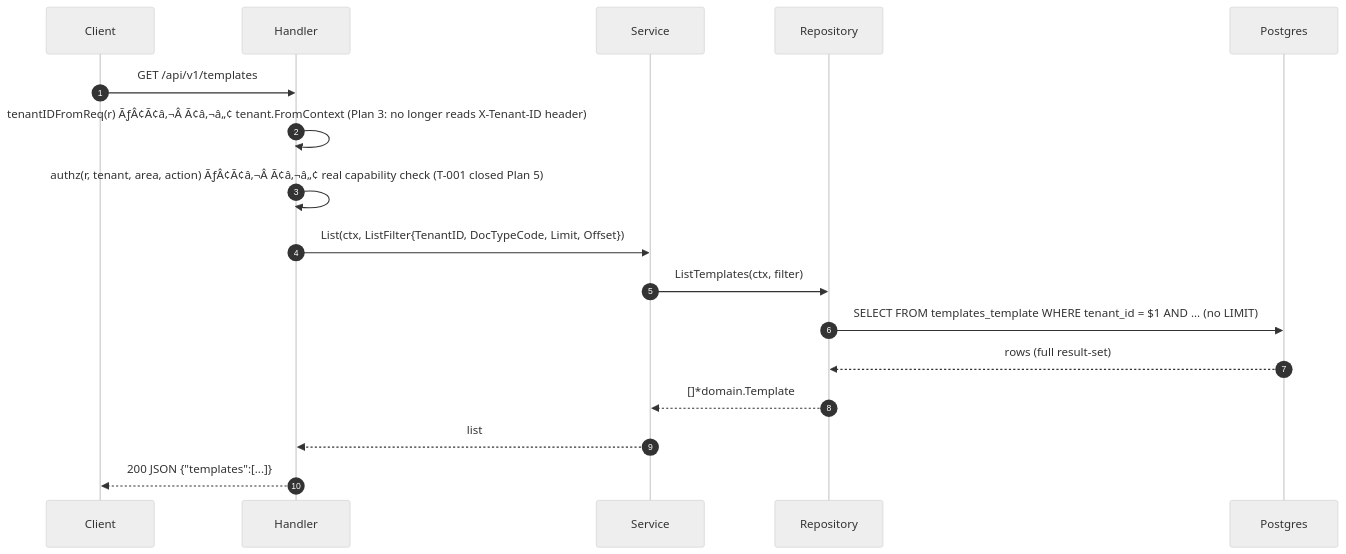
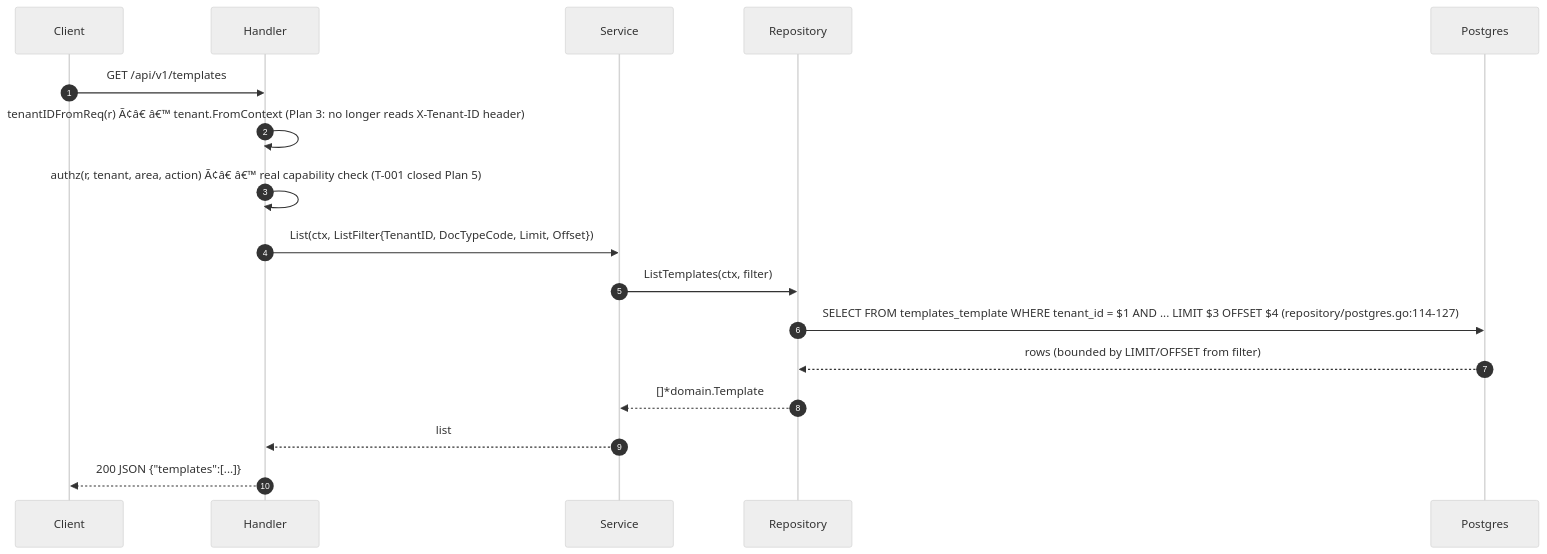
Before and after one commit to developmentconexus-ops/MetalDocs: the third of 5 diagrams in wiki/modules/templates.md, drawn with Mermaid (neutral theme). The commit also changed other lines of this file and 79 other files, not shown here.

````diff
--- a/wiki/modules/templates.md
+++ b/wiki/modules/templates.md
@@ -240,19 +241,19 @@
 ```mermaid
 sequenceDiagram
     autonumber
     participant C as Client
     participant H as Handler
     participant S as Service
     participant R as Repository
     participant DB as Postgres
     C->>H: GET /api/v1/templates
-    H->>H: tenantIDFromReq(r) ÃƒÂ¢Ã¢â‚¬Â Ã¢â‚¬â„¢ tenant.FromContext (Plan 3: no longer reads X-Tenant-ID header)
-    H->>H: authz(r, tenant, area, action) ÃƒÂ¢Ã¢â‚¬Â Ã¢â‚¬â„¢ real capability check (T-001 closed Plan 5)
+    H->>H: tenantIDFromReq(r) Ã¢â€ â€™ tenant.FromContext (Plan 3: no longer reads X-Tenant-ID header)
+    H->>H: authz(r, tenant, area, action) Ã¢â€ â€™ real capability check (T-001 closed Plan 5)
     H->>S: List(ctx, ListFilter{TenantID, DocTypeCode, Limit, Offset})
     S->>R: ListTemplates(ctx, filter)
-    R->>DB: SELECT FROM templates_template WHERE tenant_id = $1 AND ... (no LIMIT)
-    DB-->>R: rows (full result-set)
+    R->>DB: SELECT FROM templates_template WHERE tenant_id = $1 AND ... LIMIT $3 OFFSET $4 (repository/postgres.go:114-127)
+    DB-->>R: rows (bounded by LIMIT/OFFSET from filter)
     R-->>S: []*domain.Template
     S-->>H: list
     H-->>C: 200 JSON {"templates":[...]}
 ```
````
